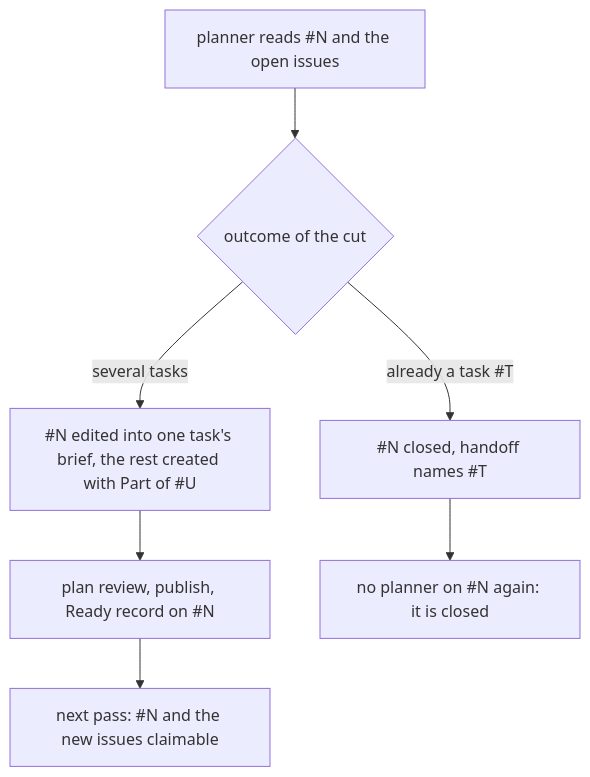
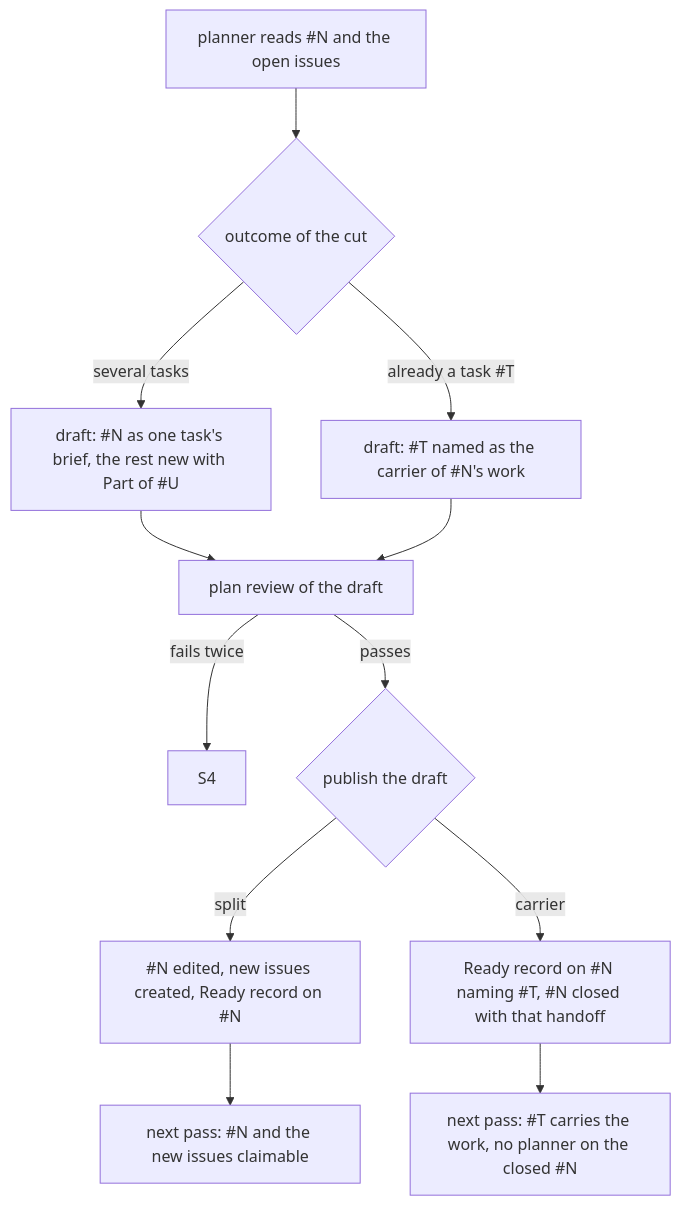
Before and after one commit to jgong5/skills: the second of 5 diagrams in auto-item-brief.md, drawn with Mermaid. The commit also changed other lines of this file, not shown here.

First line of the commit message:
Design: carrier close through the plan review; item planner waits for the design

````diff
--- a/auto-item-brief.md
+++ b/auto-item-brief.md
@@ -39,9 +40,14 @@
 ```mermaid
 flowchart TD
   A["planner reads #N and the open issues"] --> B{"outcome of the cut"}
-  B -- "several tasks" --> C["#N edited into one task's brief, the rest created with Part of #U"]
-  B -- "already a task #T" --> D["#N closed, handoff names #T"]
-  C --> E["plan review, publish, Ready record on #N"]
-  D --> F["no planner on #N again: it is closed"]
-  E --> G["next pass: #N and the new issues claimable"]
+  B -- "several tasks" --> C["draft: #N as one task's brief, the rest new with Part of #U"]
+  B -- "already a task #T" --> D["draft: #T named as the carrier of #N's work"]
+  C --> E["plan review of the draft"]
+  D --> E
+  E -- "fails twice" --> S["S4"]
+  E -- "passes" --> P{"publish the draft"}
+  P -- "split" --> G["#N edited, new issues created, Ready record on #N"]
+  P -- "carrier" --> H["Ready record on #N naming #T, #N closed with that handoff"]
+  G --> I["next pass: #N and the new issues claimable"]
+  H --> J["next pass: #T carries the work, no planner on the closed #N"]
 ```
````
